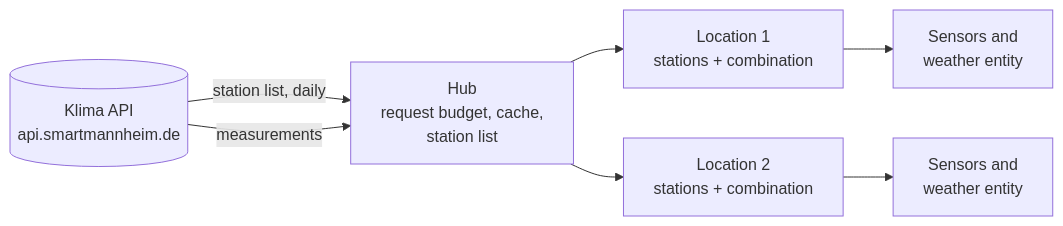
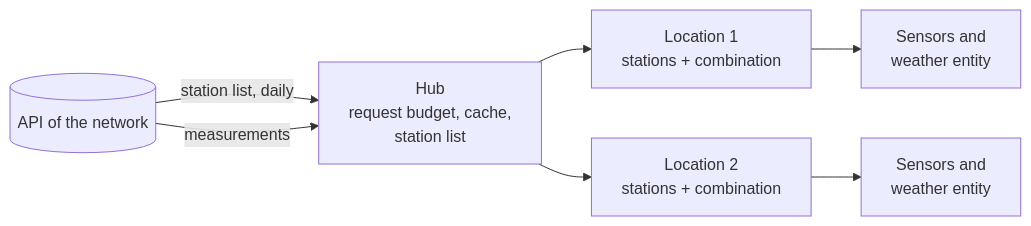
One commit to CodeBrauer/ha-urban-weather changed the diagram in docs/en/index.md. Above: the diagram before and after it, drawn with Mermaid. The commit also changed 16 other files, not shown here.

````diff
--- a/docs/en/index.md
+++ b/docs/en/index.md
@@ -59,13 +59,13 @@
 ```mermaid
 flowchart LR
-    API[(Klima API<br>api.smartmannheim.de)]
+    API[(API of the network)]
     Hub[Hub<br>request budget, cache,<br>station list]
     C1[Location 1<br>stations + combination]
     C2[Location 2<br>stations + combination]
     E1[Sensors and<br>weather entity]
     E2[Sensors and<br>weather entity]
     API -->|station list, daily| Hub
     API -->|measurements| Hub
     Hub --> C1 --> E1
     Hub --> C2 --> E2
 ```
````
